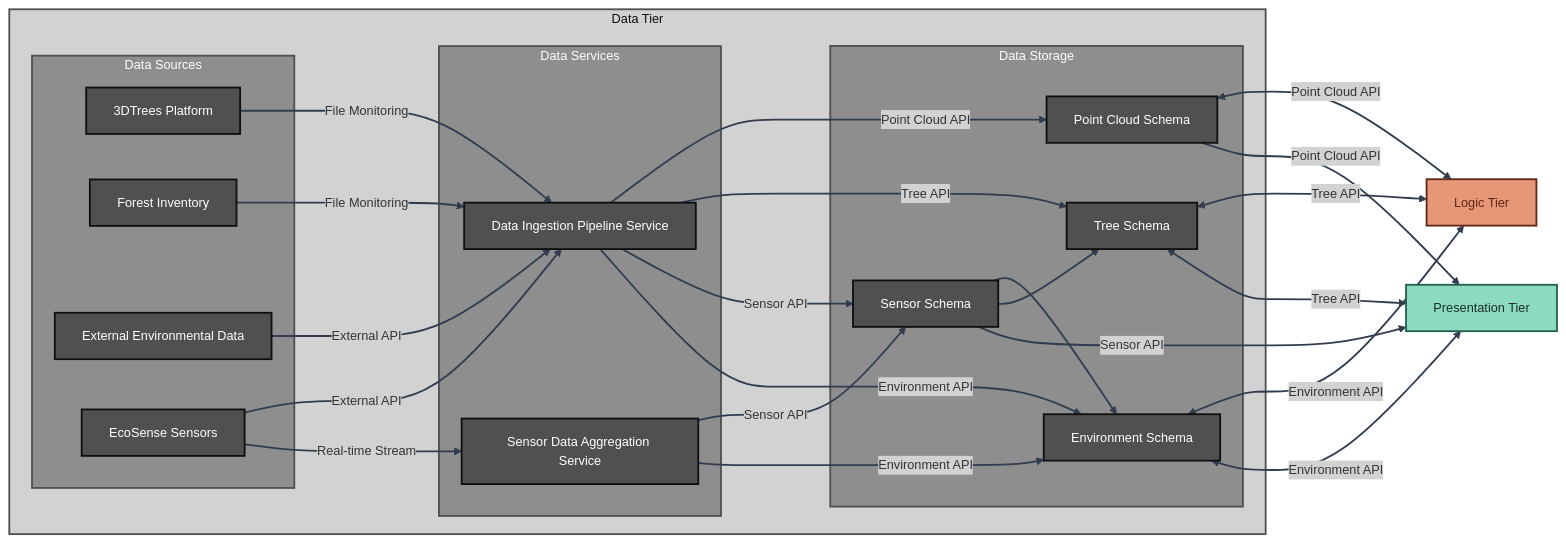
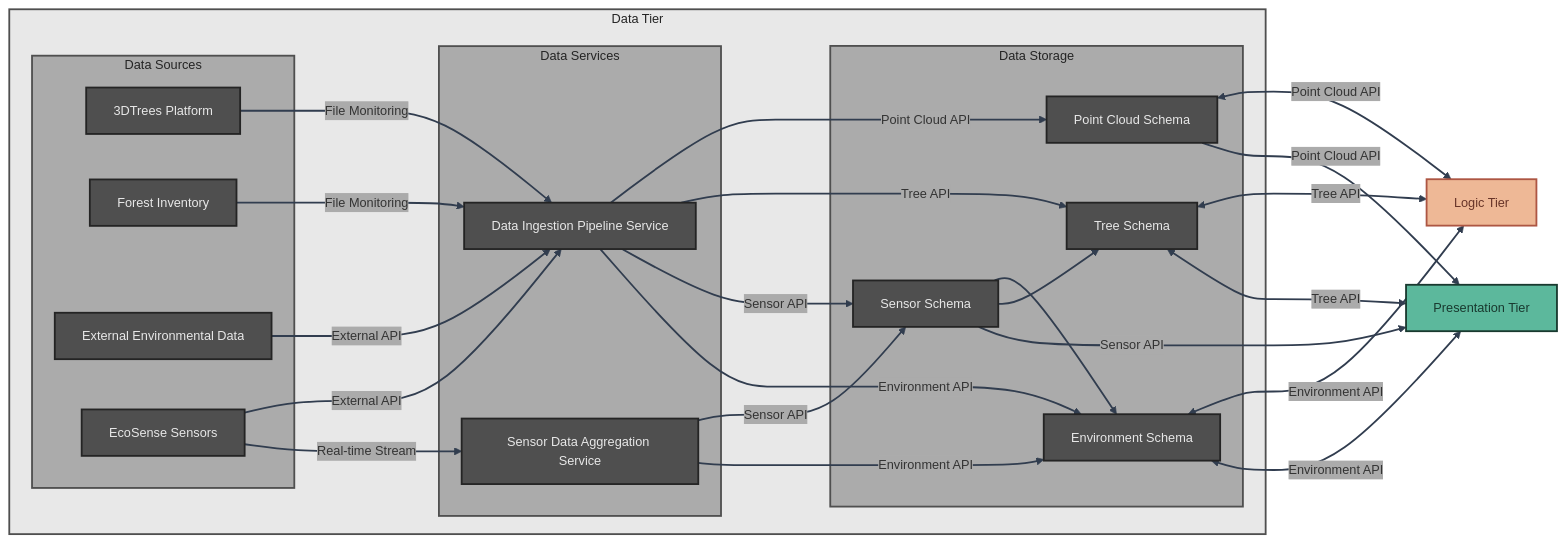
Before and after one commit to XRFutureForests/digital-twin-db: the second of 5 diagrams in docs/architecture/architecture.md, drawn with Mermaid. The commit also changed other lines of this file and 31 other files, not shown here.

````diff
--- a/docs/architecture/architecture.md
+++ b/docs/architecture/architecture.md
@@ -79,7 +74,7 @@
 'theme': 'base',
 'themeVariables': {
 'fontSize': '14px',
-'secondaryColor': '#d2d2d2'
+'secondaryColor': '#ababab'
 }
 }
 }%%
@@ -136,17 +131,17 @@
 SC4 <-->|Environment API| PRESENTATION_REF
 
 %% Higher level tiers - light colors
-classDef dataBack fill:#d2d2d2,stroke:#505050,stroke-width:2px,color:#0f0f0f
-classDef logicTier fill:#e59778,stroke:#612515,stroke-width:2px,color:#612515
-classDef presentationTier fill:#8cdbc0,stroke:#265e4d,stroke-width:2px,color:#183029
+classDef dataBack fill:#e8e8e8,stroke:#4f4f4f,stroke-width:2px,color:#242424
+classDef logicTier fill:#eeb896,stroke:#AD5643,stroke-width:2px,color:#673428
+classDef presentationTier fill:#5CB89C,stroke:#19392f,stroke-width:2px,color:#19392f
 
 %% Mid-level subgraphs - medium colors  
-classDef dataTier fill:#8e8e8e,stroke:#505050,stroke-width:2px,color:#ffffff
+classDef dataTier fill:#ababab,stroke:#4f4f4f,stroke-width:2px,color:#242424
 
 %% Nodes - darkest colors
-classDef dataNode fill:#505050,stroke:#0f0f0f,stroke-width:2px,color:#ffffff
-classDef logicNode fill:#612515,stroke:#ad5643,stroke-width:2px,color:#ffffff
-classDef presentationNode fill:#265e4d,stroke:#5cb89c,stroke-width:2px,color:#ffffff
+classDef dataNode fill:#4f4f4f,stroke:#242424,stroke-width:2px,color:#e8e8e8
+classDef logicNode fill:#d36622,stroke:#AD5643,stroke-width:2px,color:#e8e8e8
+classDef presentationNode fill:#19392f,stroke:#38806a,stroke-width:2px,color:#e8e8e8
 
 class DATA_TIER dataBack
 class SOURCES,SERVICES,STORAGE dataTier
@@ -154,5 +149,5 @@
 class LOGIC_REF logicTier
 class PRESENTATION_REF presentationTier
 
-linkStyle 0,1,2,3,4,5,6,7,8,9,10,11,12,13,14,15,16,17,18,19 stroke:#313d4f,stroke-width:2px
+linkStyle 0,1,2,3,4,5,6,7,8,9,10,11,12,13,14,15,16,17,18,19 stroke:#313D4F,stroke-width:2px
 ```
````
